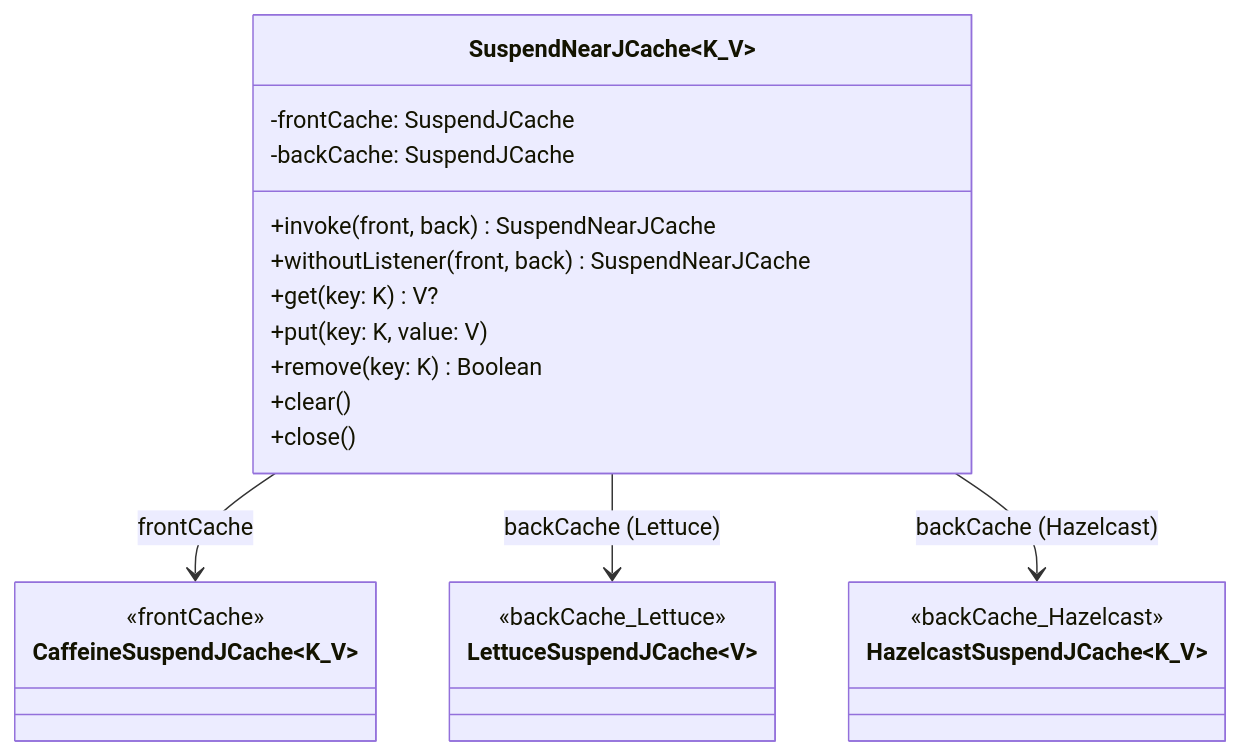
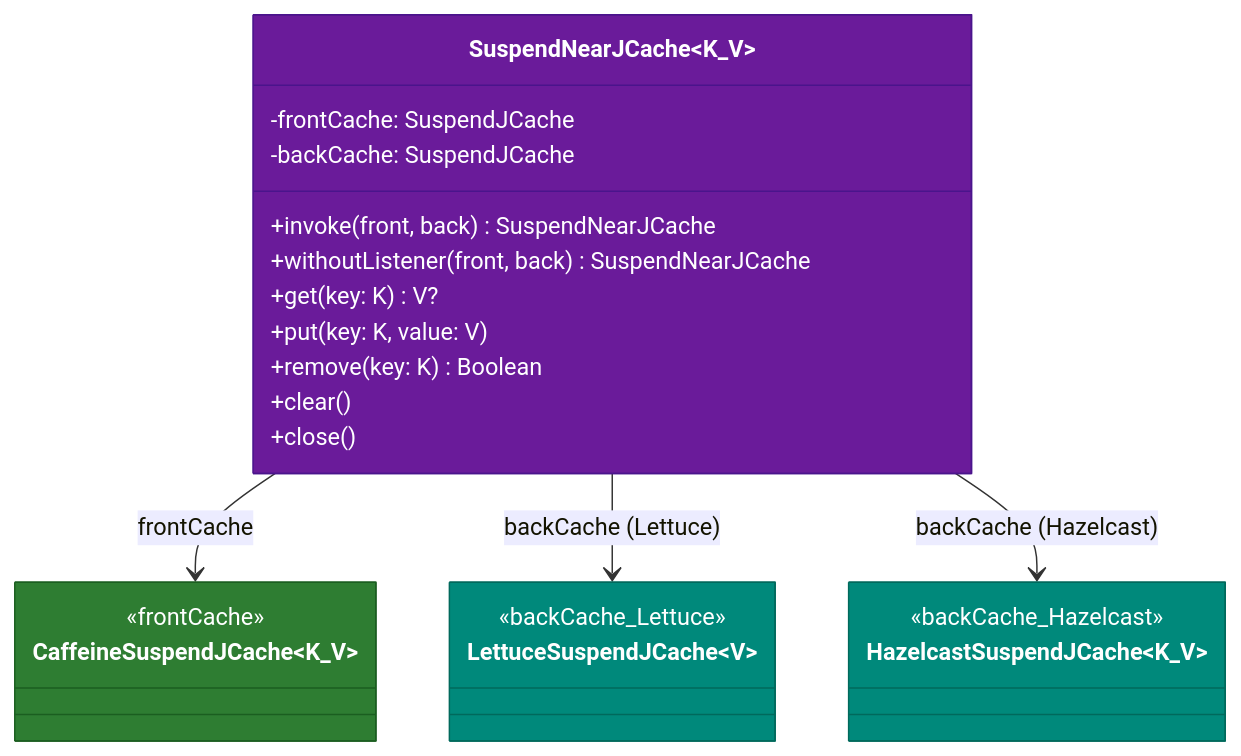
One commit to bluetape4k/bluetape4k-projects changed the seventh of 7 diagrams in infra/cache-core/README.ko.md. Above: the diagram before and after it, drawn with Mermaid. The commit also changed other lines of this file and 221 other files, not shown here.

First line of the commit message:
docs: 전체 모듈 README UML 다이어그램 보강 및 색상 업그레이드

````diff
--- a/infra/cache-core/README.ko.md
+++ b/infra/cache-core/README.ko.md
@@ -277,30 +312,35 @@
 ```mermaid
 classDiagram
     class SuspendNearJCache~K_V~ {
 -frontCache: SuspendJCache
 -backCache: SuspendJCache
         +invoke(front, back) SuspendNearJCache
         +withoutListener(front, back) SuspendNearJCache
         +get(key: K) V?
         +put(key: K, value: V)
         +remove(key: K) Boolean
         +clear()
         +close()
     }
 
 class CaffeineSuspendJCache~K_V~ {
         <<frontCache>>
     }
 
     class LettuceSuspendJCache~V~ {
 <<backCache_Lettuce>>
     }
 
 class HazelcastSuspendJCache~K_V~ {
 <<backCache_Hazelcast>>
     }
 
 SuspendNearJCache --> CaffeineSuspendJCache: frontCache
 SuspendNearJCache --> LettuceSuspendJCache: backCache (Lettuce)
 SuspendNearJCache --> HazelcastSuspendJCache: backCache (Hazelcast)
+
+    style SuspendNearJCache fill:#6A1B9A,stroke:#4A148C,color:#FFFFFF
+    style CaffeineSuspendJCache fill:#2E7D32,stroke:#1B5E20,color:#FFFFFF
+    style LettuceSuspendJCache fill:#00897B,stroke:#00695C,color:#FFFFFF
+    style HazelcastSuspendJCache fill:#00897B,stroke:#00695C,color:#FFFFFF
 ```
````
